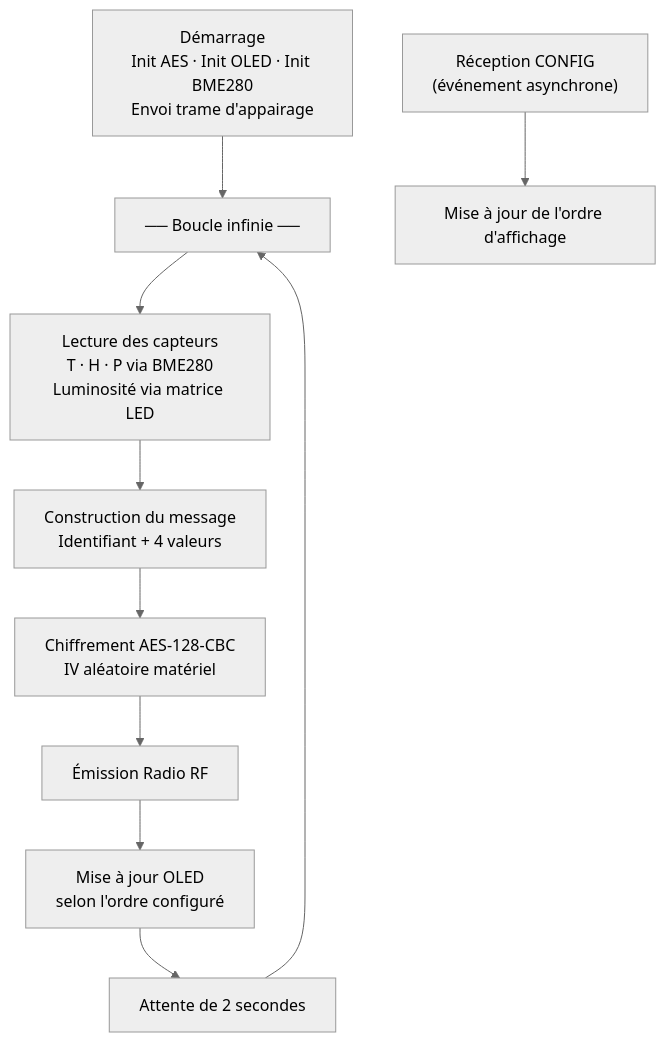
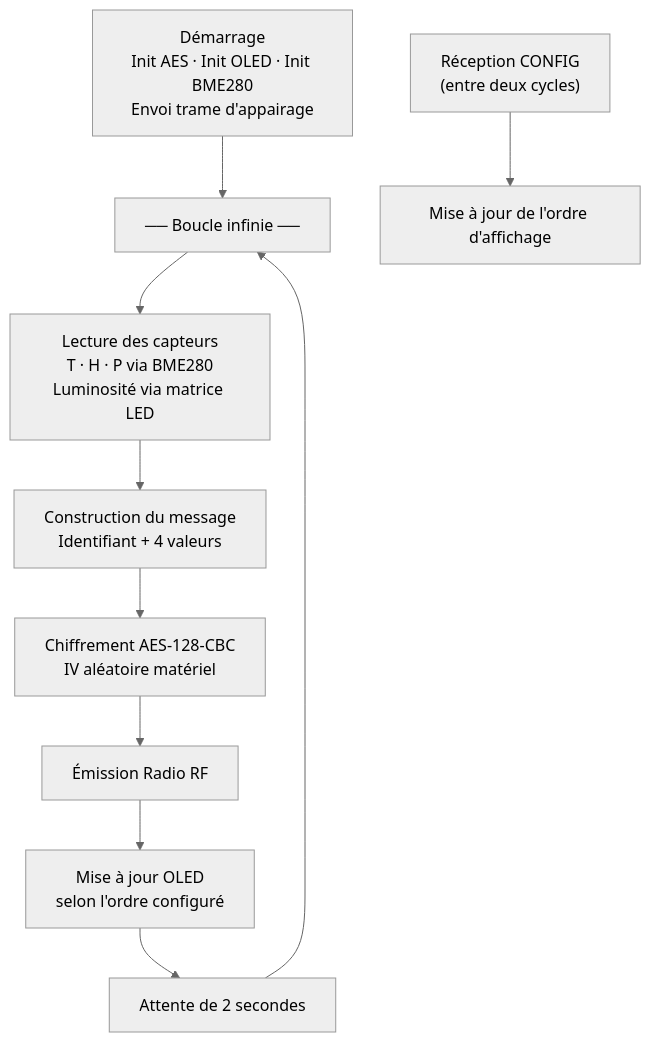
One commit to QuentinBastos/iot-project changed the sixth of 10 diagrams in RAPPORT.md. Above: the diagram before and after it, drawn with Mermaid (neutral theme). The commit also changed other lines of this file, not shown here.

````diff
--- a/RAPPORT.md
+++ b/RAPPORT.md
@@ -163,16 +163,16 @@
 ```mermaid
 flowchart TD
     BOOT_O["Démarrage\nInit AES · Init OLED · Init BME280\nEnvoi trame d'appairage"]
     LOOP_O["── Boucle infinie ──"]
     S1_O["Lecture des capteurs\nT · H · P via BME280\nLuminosité via matrice LED"]
     S2_O["Construction du message\nIdentifiant + 4 valeurs"]
     S3_O["Chiffrement AES-128-CBC\nIV aléatoire matériel"]
     S4_O["Émission Radio RF"]
     S5_O["Mise à jour OLED\nselon l'ordre configuré"]
     S6_O["Attente de 2 secondes"]
-    ISR_O["Réception CONFIG\n(événement asynchrone)"]
+    ISR_O["Réception CONFIG\n(entre deux cycles)"]
     UPD_O["Mise à jour de l'ordre d'affichage"]
 
     BOOT_O --> LOOP_O --> S1_O --> S2_O --> S3_O --> S4_O --> S5_O --> S6_O --> LOOP_O
     ISR_O --> UPD_O
 ```
````
